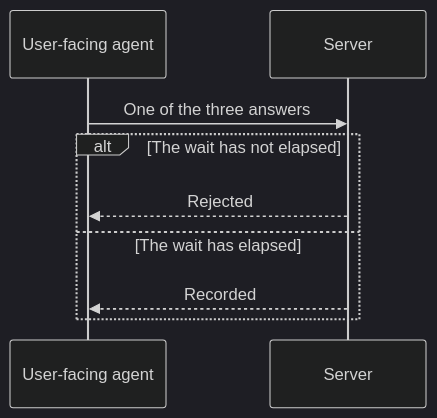
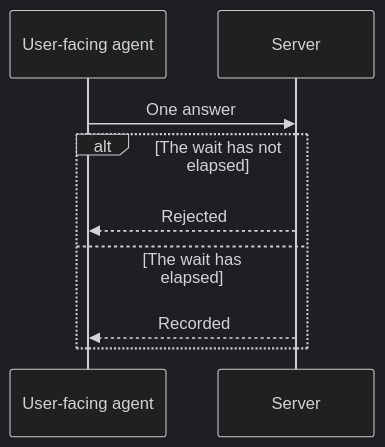
Diagram 11 of 22 in docs/checkpoint.md (m2ux/workflow-server), drawn with Mermaid (dark theme) before and after one commit. The commit also changed other lines of this file and 13 other files, not shown here.

````diff
--- a/docs/checkpoint.md
+++ b/docs/checkpoint.md
@@ -179,11 +205,11 @@
 ```mermaid
 sequenceDiagram
   participant Agent as User-facing agent
   participant Server
-  Agent->>Server: One of the three answers
+  Agent->>Server: One answer
   alt The wait has not elapsed
     Server-->>Agent: Rejected
   else The wait has elapsed
     Server-->>Agent: Recorded
   end
 ```
````
